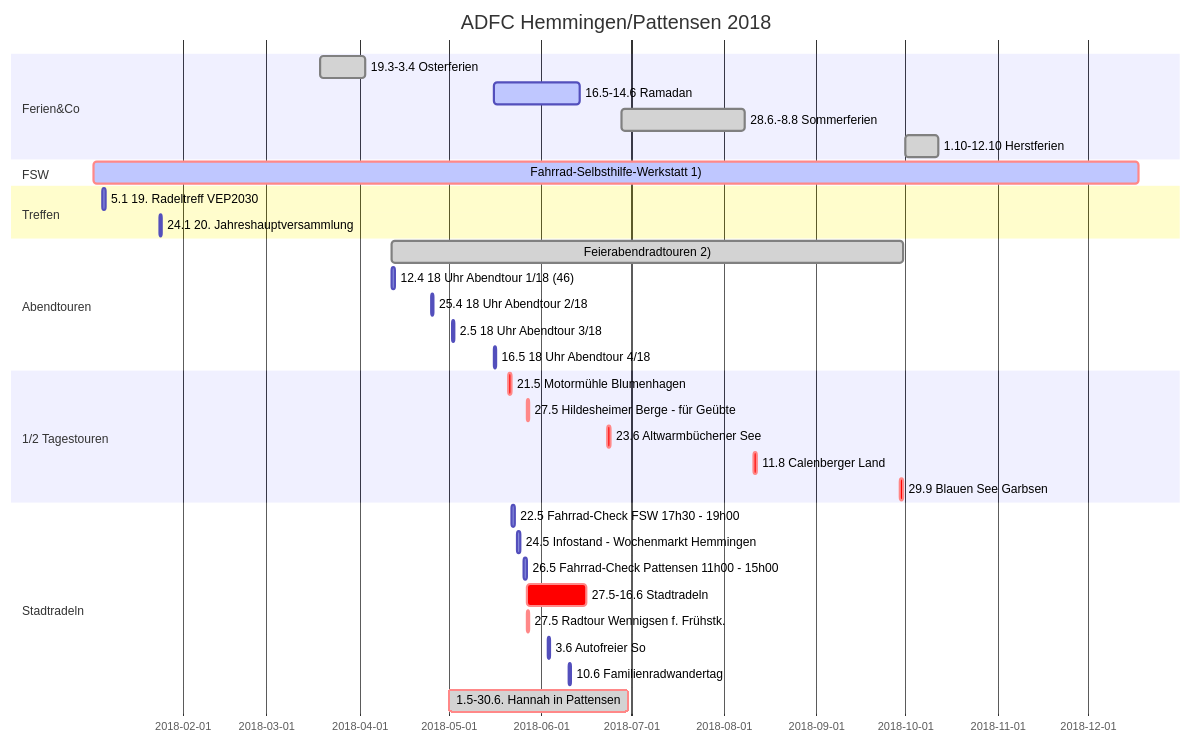
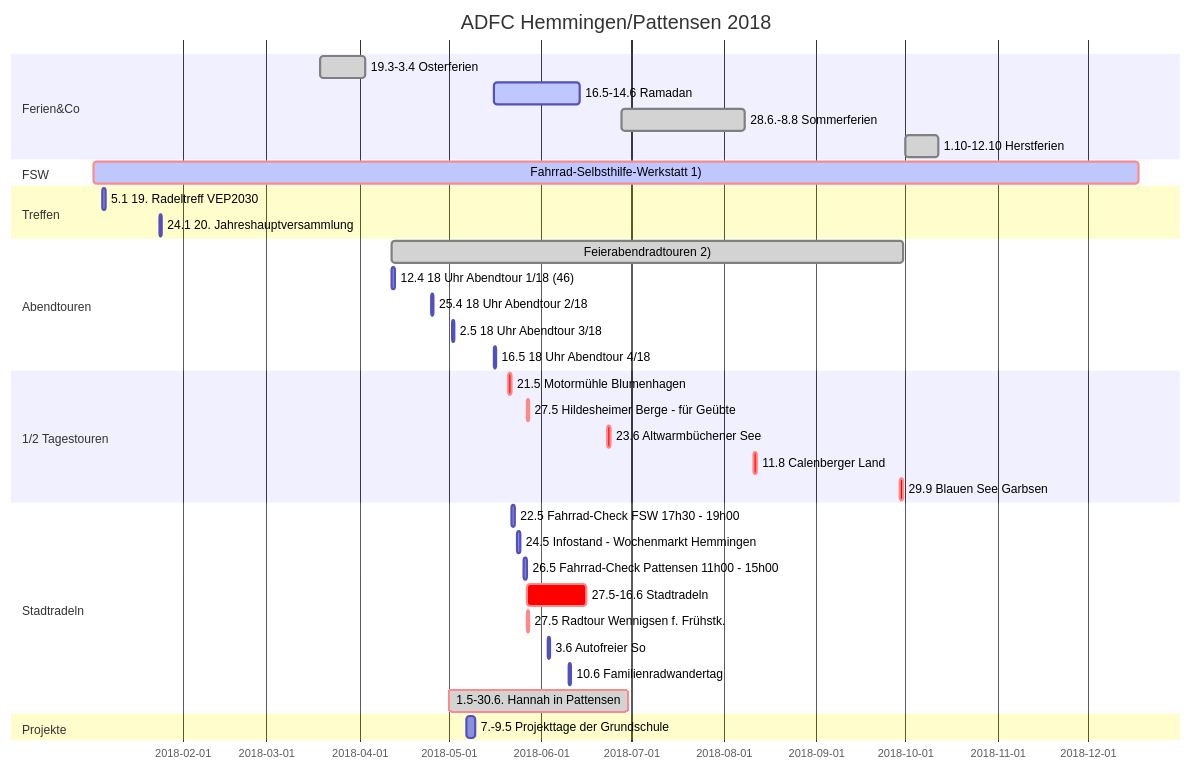
One commit to adfc-hemmingen-pattensen/adfc-hemmingen-pattensen.github.io changed the diagram in index.md. Above: the diagram before and after it, drawn with Mermaid. The commit also changed other lines of this file and 3 other files, not shown here.

````diff
--- a/index.md
+++ b/index.md
@@ -115,44 +122,46 @@
 ```mermaid
 gantt
   title ADFC Hemmingen/Pattensen 2018
   dateFormat  DD.MM.YY
 
 section Ferien&Co
   19.3-3.4 Osterferien                        :done,        19.03.18, 03.04.18
   16.5-14.6  Ramadan                          :active,done, 16.05.18, 14.06.18
   28.6.-8.8 Sommerferien                      :done,        28.06.18, 08.08.18
   1.10-12.10 Herstferien                      :done,        01.10.18, 12.10.18
 
 section FSW
   Fahrrad-Selbsthilfe-Werkstatt 1)            :crit,active, 02.01.18, 18.12.18
 
 section Treffen
   5.1 19. Radeltreff VEP2030        : 05.01.18, 1d
   24.1 20. Jahreshauptversammlung   : 24.01.18, 1d
 
 section Abendtouren
   Feierabendradtouren 2)        :done, 12.04.18, 30.09.18
 12.4 18 Uhr Abendtour 1/18 (46) : 12.04.18,1d
 25.4 18 Uhr Abendtour 2/18    : 25.04.18,1d
 2.5 18 Uhr Abendtour 3/18     : 02.05.18,1d
 16.5 18 Uhr Abendtour 4/18     : 16.05.18,1d
 
 section 1/2 Tagestouren
   21.5 Motormühle Blumenhagen   :crit, 21.05.18,1d
   27.5 Hildesheimer Berge - für Geübte :crit, 27.05.18, 1d
   23.6 Altwarmbüchener See      :crit, 23.06.18,1d
   11.8 Calenberger Land         :crit, 11.08.18,1d
   29.9 Blauen See Garbsen       :crit, 29.09.18,1d
 
 
 section Stadtradeln
   22.5 Fahrrad-Check FSW 17h30 - 19h00                     :             22.05.18, 1d
   24.5 Infostand - Wochenmarkt Hemmingen : 24.05.18,1d
   26.5 Fahrrad-Check Pattensen 11h00 - 15h00              :             26.05.18, 1d
   27.5-16.6 Stadtradeln                       : crit,       27.05.18, 16.06.18
   27.5 Radtour Wennigsen f. Frühstk.          : crit,       27.05.18, 1d
   3.6 Autofreier So                           :             03.06.18, 1d
   10.6 Familienradwandertag                   :             10.06.18, 1d
   1.5-30.6.  Hannah in Pattensen              :crit, done,  01.05.18, 30.06.18
 
+section Projekte
+  7.-9.5 Projekttage der Grundschule      :07.05.18, 3d
 ```
````
